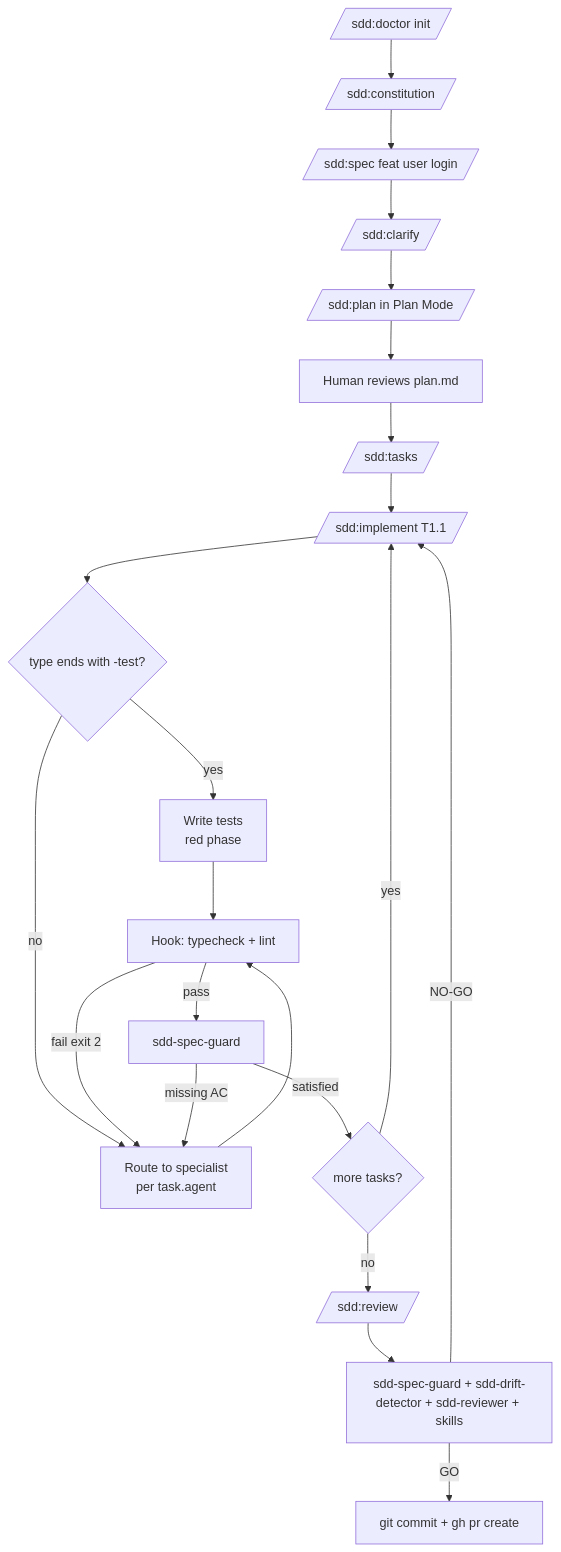
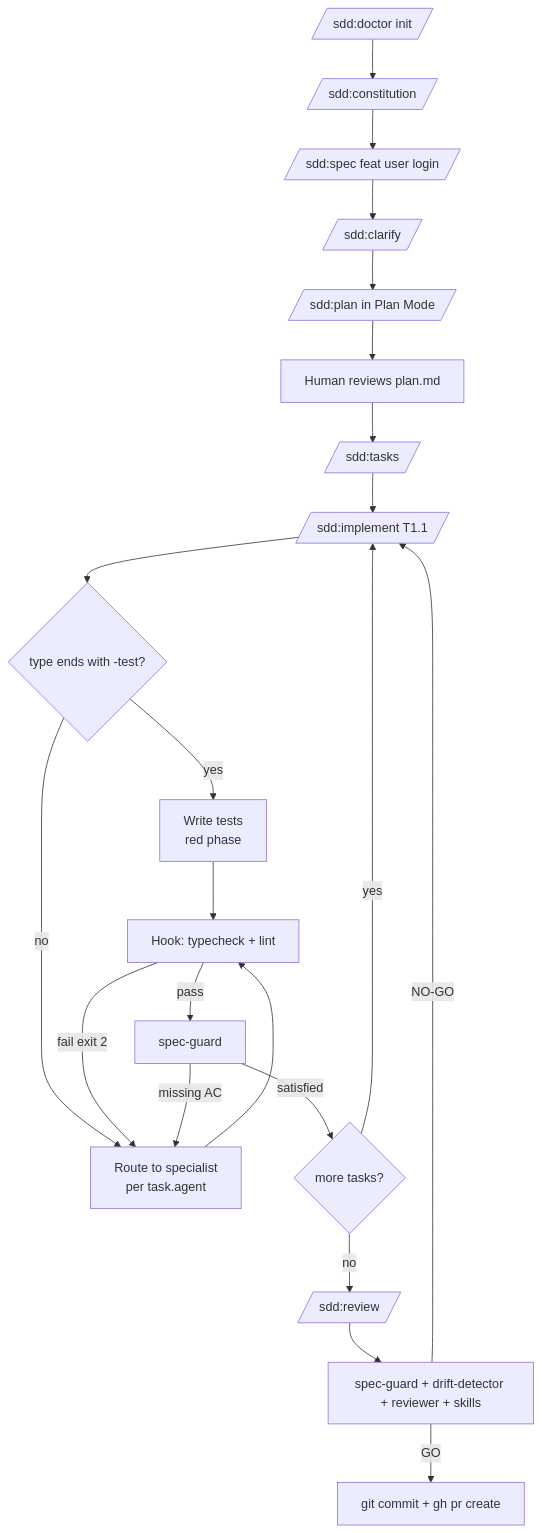
One commit to JanSzewczyk/spec-driven-development changed the diagram in README.md. Above: the diagram before and after it, drawn with Mermaid. The commit also changed other lines of this file and 9 other files, not shown here.

````diff
--- a/README.md
+++ b/README.md
@@ -150,24 +150,24 @@
 ```mermaid
 flowchart TD
     A[/sdd:doctor init/] --> B[/sdd:constitution/]
     B --> C[/sdd:spec feat user login/]
     C --> D[/sdd:clarify/]
     D --> E[/sdd:plan in Plan Mode/]
     E --> F[Human reviews plan.md]
     F --> G[/sdd:tasks/]
     G --> H[/sdd:implement T1.1/]
     H --> I{type ends with -test?}
     I -->|yes| J[Write tests<br/>red phase]
     I -->|no| K[Route to specialist<br/>per task.agent]
     J --> L[Hook: typecheck + lint]
     K --> L
     L -->|fail exit 2| K
-    L -->|pass| M[sdd-spec-guard]
+    L -->|pass| M[spec-guard]
     M -->|missing AC| K
     M -->|satisfied| N{more tasks?}
     N -->|yes| H
     N -->|no| O[/sdd:review/]
-    O --> P[sdd-spec-guard + sdd-drift-detector + sdd-reviewer + skills]
+    O --> P[spec-guard + drift-detector + reviewer + skills]
     P -->|GO| Q[git commit + gh pr create]
     P -->|NO-GO| H
 ```
````
